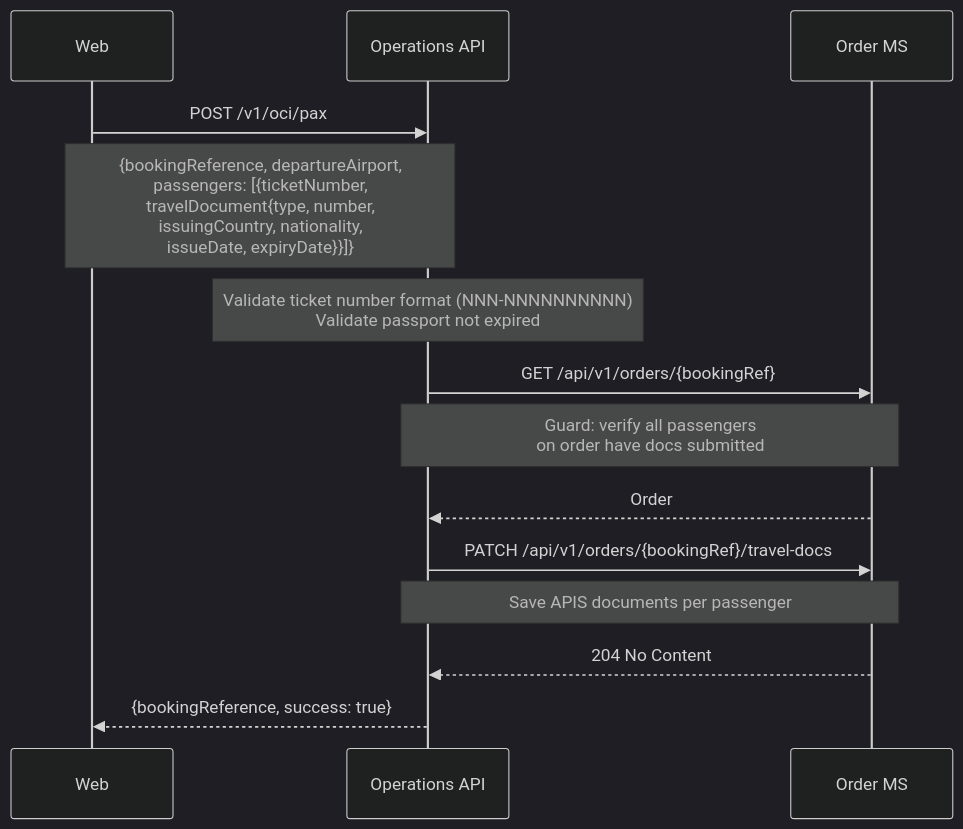
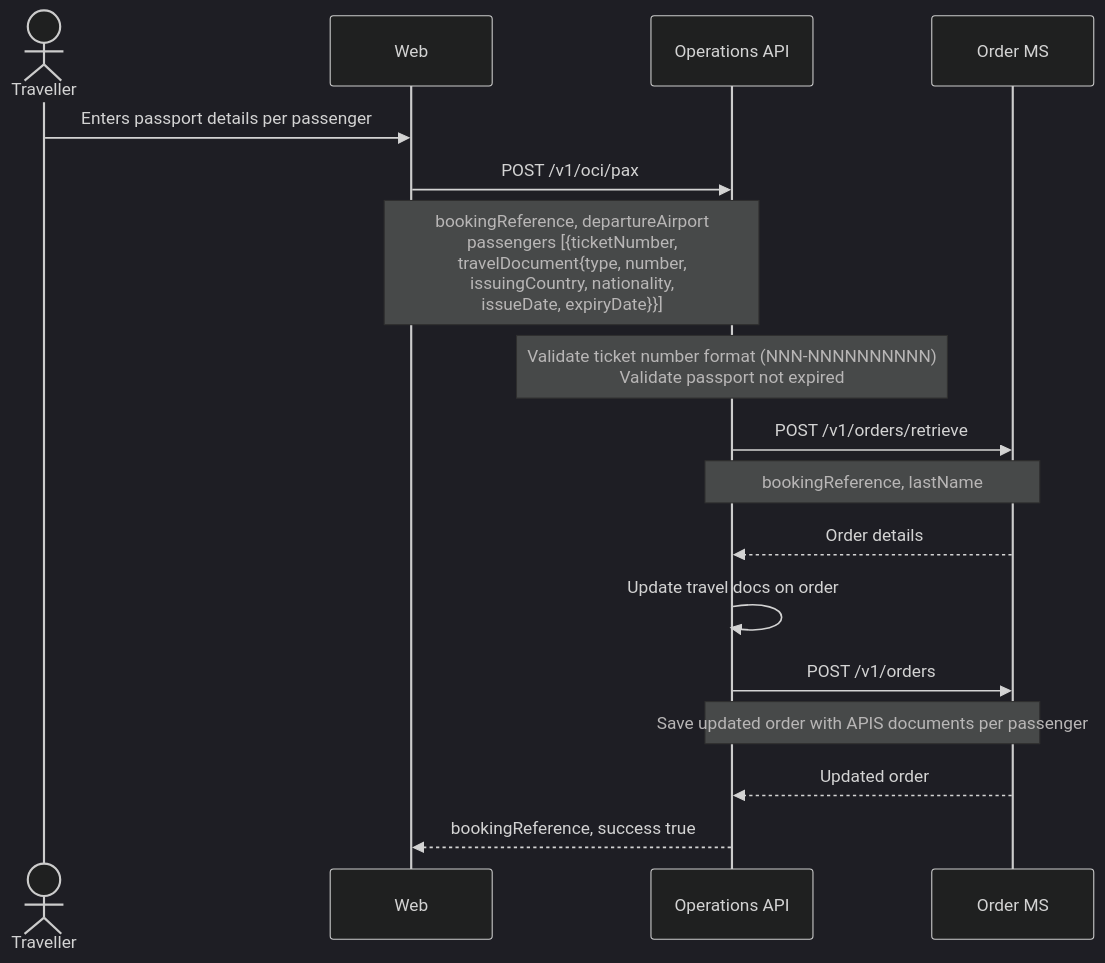
The second of 8 diagrams in documentation/sequences/check-in.md (sebharvey/airline-reservation-system), drawn with Mermaid (dark theme) before and after one commit. The commit also changed other lines of this file, not shown here.

First line of the commit message:
Update OLCI sequence diagrams with Timatic integration and accurate flows

````diff
--- a/documentation/sequences/check-in.md
+++ b/documentation/sequences/check-in.md
@@ -39,21 +45,26 @@
 ```mermaid
 sequenceDiagram
+    actor Traveller
     participant Web
     participant OpsAPI as Operations API
     participant OrderMS as Order MS
 
+    Traveller->>Web: Enters passport details per passenger
+
     Web->>OpsAPI: POST /v1/oci/pax
-    Note over Web,OpsAPI: {bookingReference, departureAirport,<br/>passengers: [{ticketNumber,<br/>travelDocument{type, number,<br/>issuingCountry, nationality,<br/>issueDate, expiryDate}}]}
+    Note over Web,OpsAPI: bookingReference, departureAirport<br/>passengers [{ticketNumber,<br/>travelDocument{type, number,<br/>issuingCountry, nationality,<br/>issueDate, expiryDate}}]
 
     Note over OpsAPI: Validate ticket number format (NNN-NNNNNNNNNN)<br/>Validate passport not expired
 
-    OpsAPI->>OrderMS: GET /api/v1/orders/{bookingRef}
-    Note over OpsAPI,OrderMS: Guard: verify all passengers<br/>on order have docs submitted
-    OrderMS-->>OpsAPI: Order
+    OpsAPI->>OrderMS: POST /v1/orders/retrieve
+    Note over OpsAPI,OrderMS: bookingReference, lastName
+    OrderMS-->>OpsAPI: Order details
 
-    OpsAPI->>OrderMS: PATCH /api/v1/orders/{bookingRef}/travel-docs
-    Note over OpsAPI,OrderMS: Save APIS documents per passenger
-    OrderMS-->>OpsAPI: 204 No Content
+    OpsAPI->>OpsAPI: Update travel docs on order
 
-    OpsAPI-->>Web: {bookingReference, success: true}
+    OpsAPI->>OrderMS: POST /v1/orders
+    Note over OpsAPI,OrderMS: Save updated order with APIS documents per passenger
+    OrderMS-->>OpsAPI: Updated order
+
+    OpsAPI-->>Web: bookingReference, success true
 ```
````
